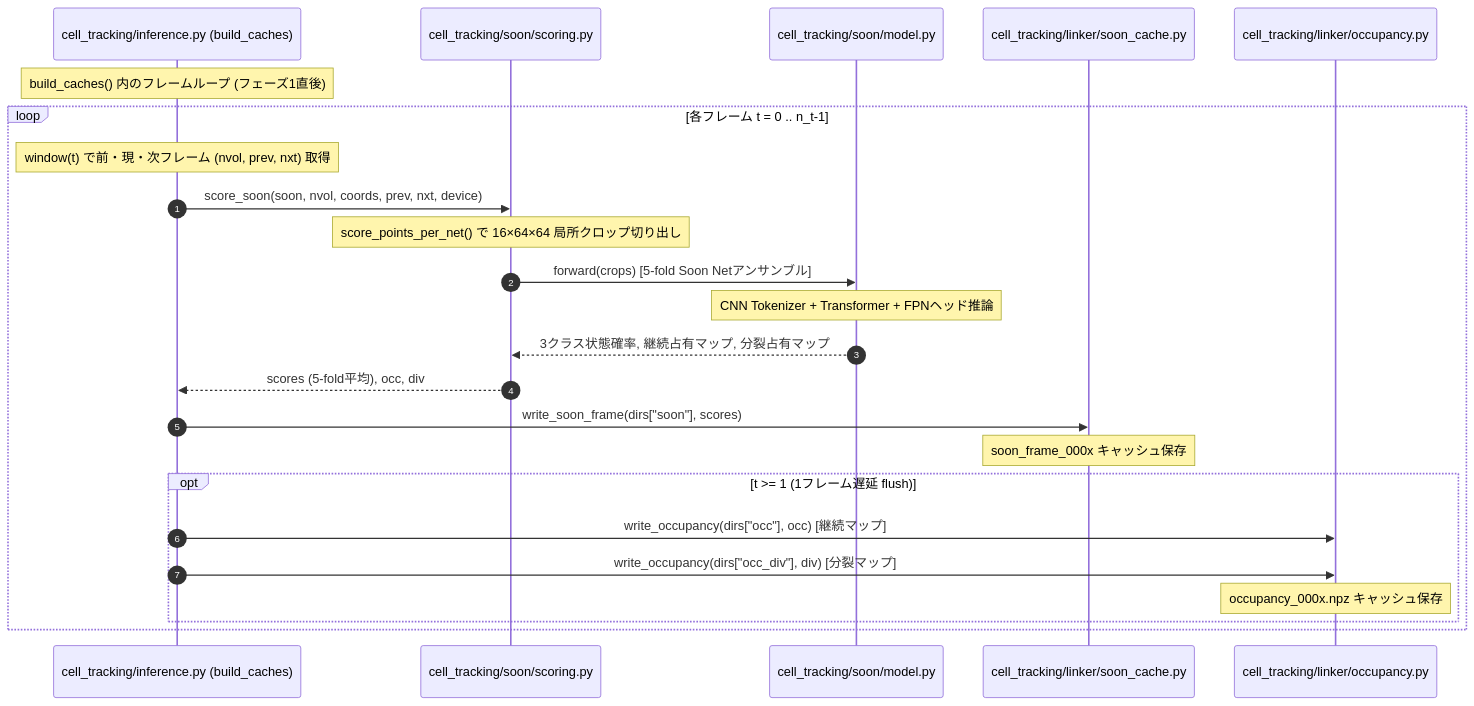
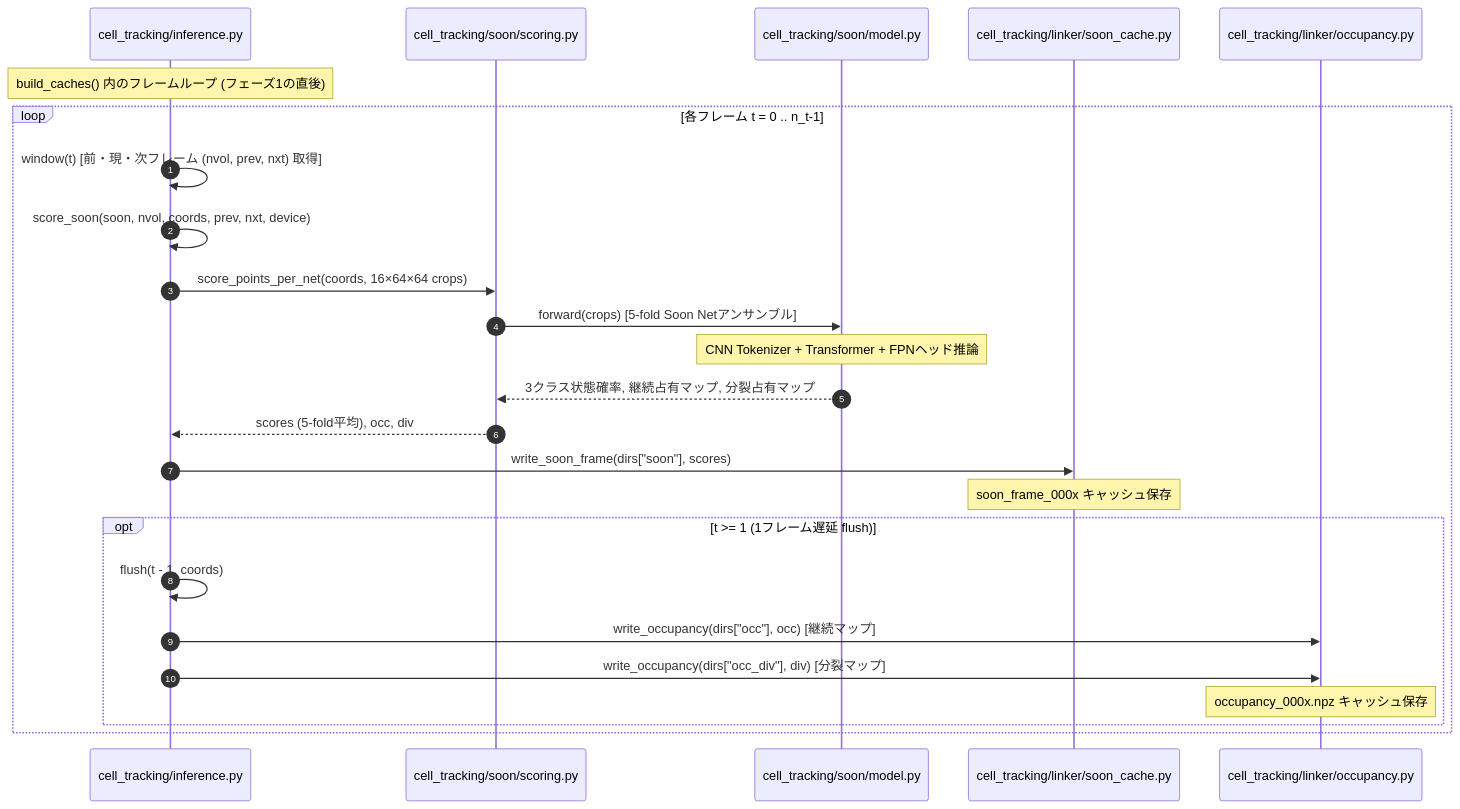
Before and after one commit to kito2718/kaggle_Biohub-Cell_Tracking_During_Development: the third of 6 diagrams in episode/Summary&Conclusion/1st-place-summary.md, drawn with Mermaid. The commit also changed other lines of this file, not shown here.

````diff
--- a/episode/Summary&Conclusion/1st-place-summary.md
+++ b/episode/Summary&Conclusion/1st-place-summary.md
@@ -197,27 +199,28 @@
 ```mermaid
 sequenceDiagram
     autonumber
-    participant Main as cell_tracking/inference.py (build_caches)
+    participant Main as cell_tracking/inference.py
     participant SoonScore as cell_tracking/soon/scoring.py
     participant SoonModel as cell_tracking/soon/model.py
     participant SoonCache as cell_tracking/linker/soon_cache.py
     participant OccMod as cell_tracking/linker/occupancy.py
 
-    Note over Main: build_caches() 内のフレームループ (フェーズ1直後)
+    Note over Main: build_caches() 内のフレームループ (フェーズ1の直後)
     loop 各フレーム t = 0 .. n_t-1
-        Note over Main: window(t) で前・現・次フレーム (nvol, prev, nxt) 取得
-        Main->>SoonScore: score_soon(soon, nvol, coords, prev, nxt, device)
-        Note over SoonScore: score_points_per_net() で 16×64×64 局所クロップ切り出し
+        Main->>Main: window(t) [前・現・次フレーム (nvol, prev, nxt) 取得]
+        Main->>Main: score_soon(soon, nvol, coords, prev, nxt, device)
+        Main->>SoonScore: score_points_per_net(coords, 16×64×64 crops)
         SoonScore->>SoonModel: forward(crops) [5-fold Soon Netアンサンブル]
         Note over SoonModel: CNN Tokenizer + Transformer + FPNヘッド推論
         SoonModel-->>SoonScore: 3クラス状態確率, 継続占有マップ, 分裂占有マップ
         SoonScore-->>Main: scores (5-fold平均), occ, div
         Main->>SoonCache: write_soon_frame(dirs["soon"], scores)
         Note over SoonCache: soon_frame_000x キャッシュ保存
         opt t >= 1 (1フレーム遅延 flush)
+            Main->>Main: flush(t - 1, coords)
             Main->>OccMod: write_occupancy(dirs["occ"], occ) [継続マップ]
             Main->>OccMod: write_occupancy(dirs["occ_div"], div) [分裂マップ]
             Note over OccMod: occupancy_000x.npz キャッシュ保存
         end
     end
 ```
````
